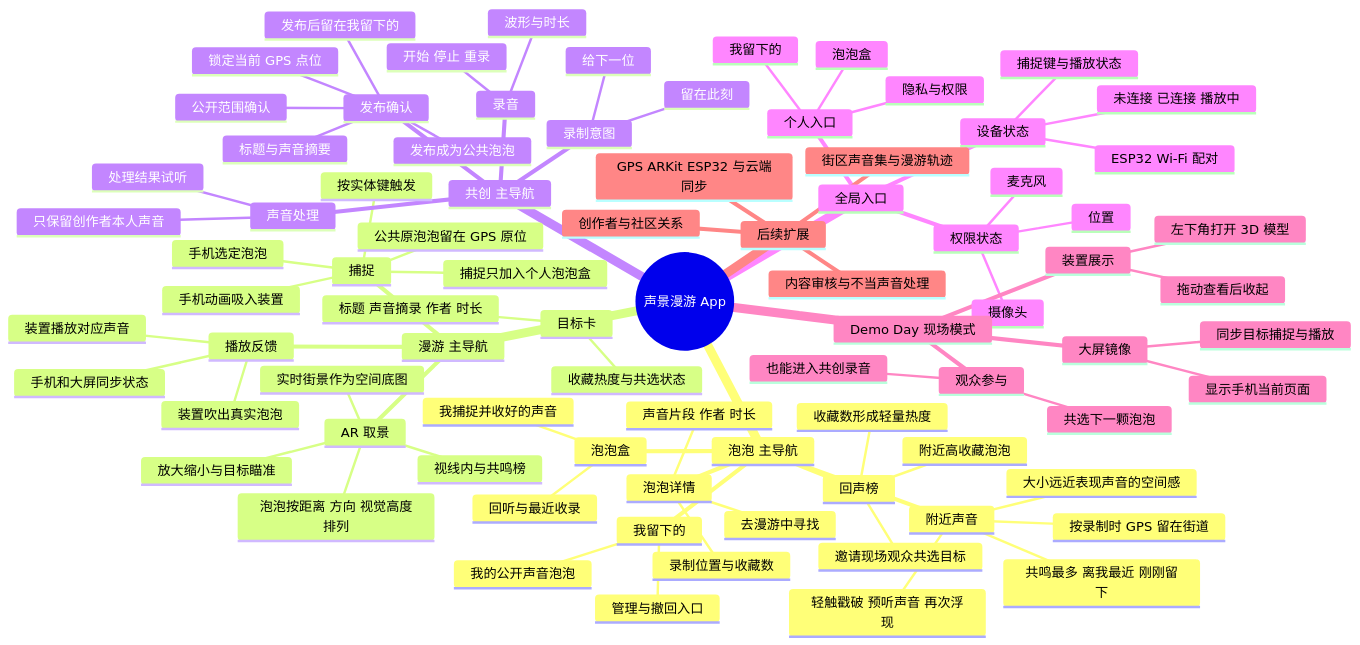
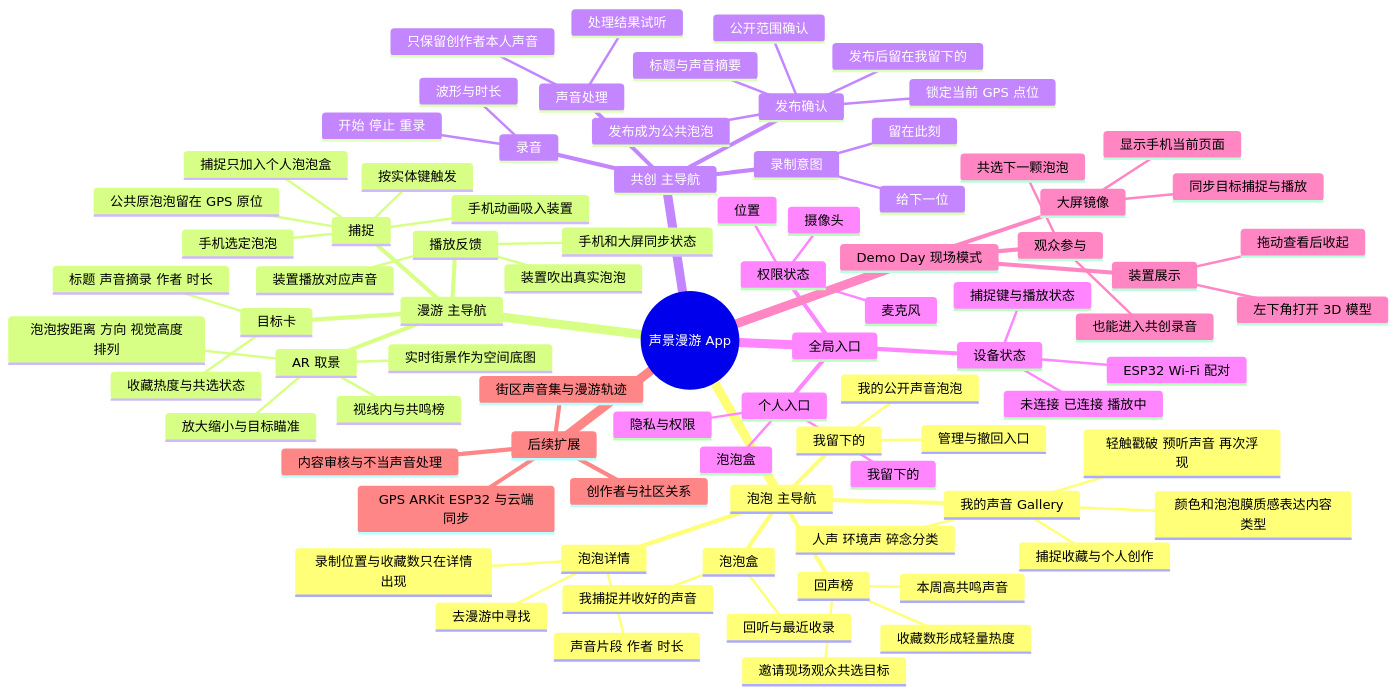
Before and after one commit to wongolivia336-a11y/ai-builer-context: the diagram in docs/app-information-architecture.md, drawn with Mermaid. The commit also changed other lines of this file and 10 other files, not shown here.

```diff
--- a/docs/app-information-architecture.md
+++ b/docs/app-information-architecture.md
@@ -8,13 +8,13 @@
 mindmap
   root((声景漫游 App))
     泡泡 主导航
-      附近声音
-        按录制时 GPS 留在街道
-        大小远近表现声音的空间感
-        共鸣最多 离我最近 刚刚留下
+      我的声音 Gallery
+        捕捉收藏与个人创作
+        人声 环境声 碎念分类
+        颜色和泡泡膜质感表达内容类型
         轻触戳破 预听声音 再次浮现
       回声榜
-        附近高收藏泡泡
+        本周高共鸣声音
         收藏数形成轻量热度
         邀请现场观众共选目标
       泡泡盒
@@ -22,7 +22,7 @@
         回听与最近收录
       泡泡详情
         声音片段 作者 时长
-        录制位置与收藏数
+        录制位置与收藏数只在详情出现
         去漫游中寻找
       我留下的
         我的公开声音泡泡
```
